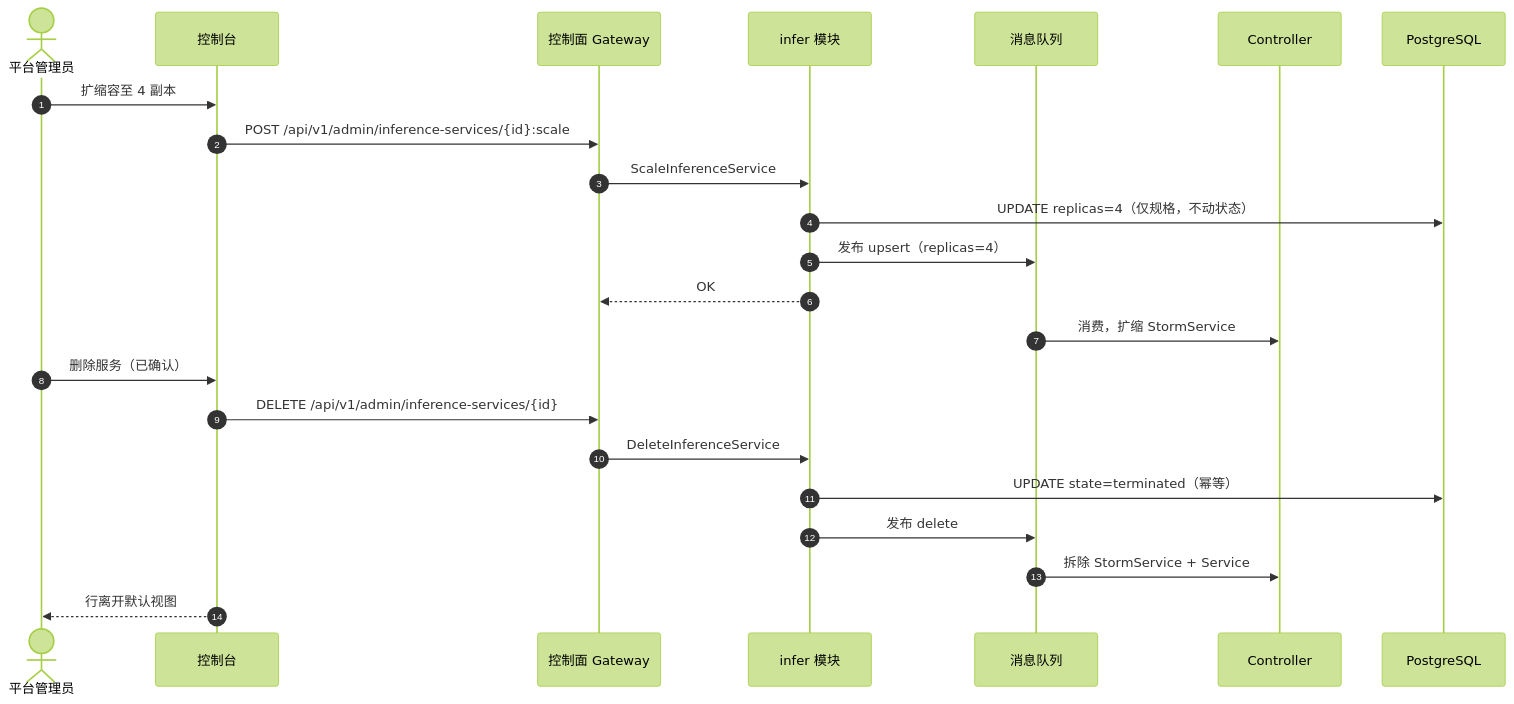
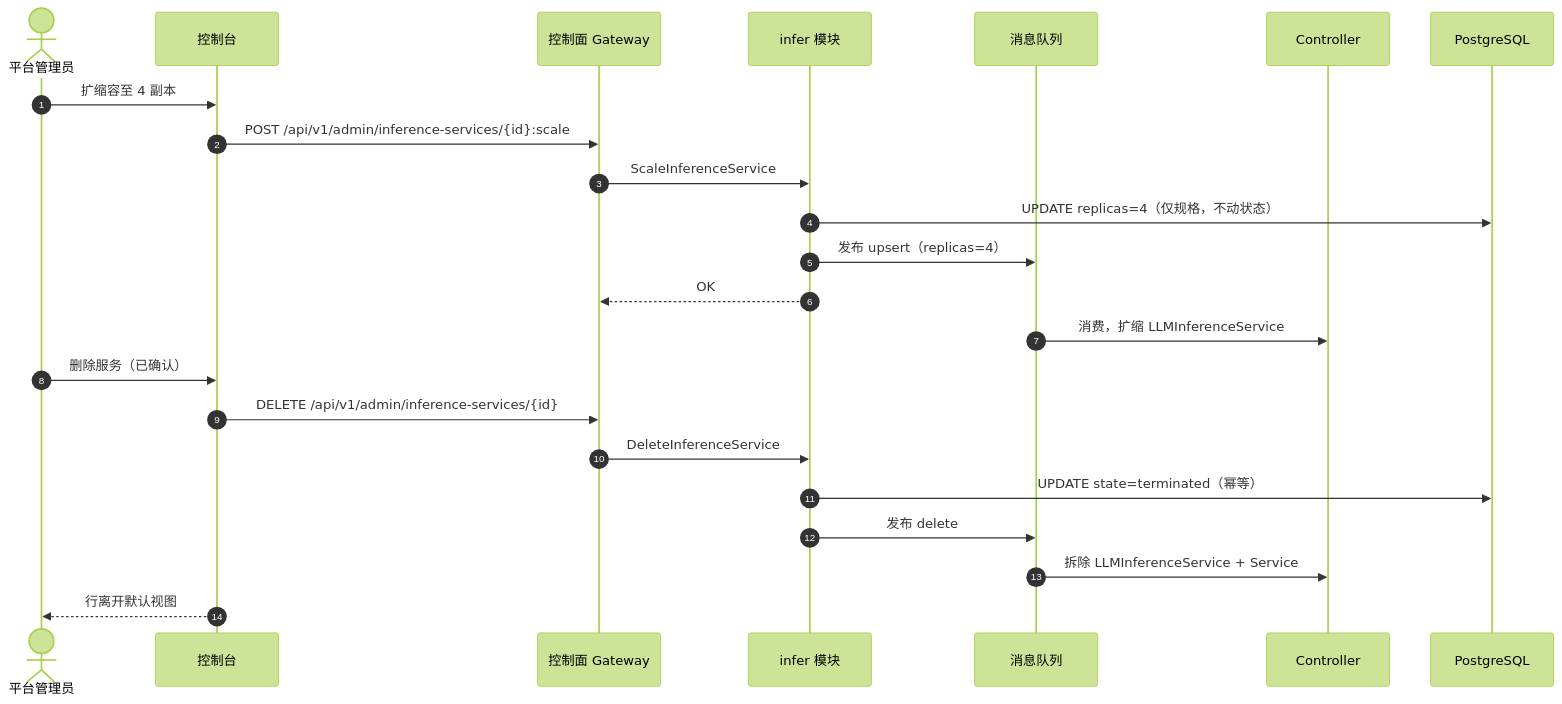
One commit to go-taas/go-taas changed the fifth of 5 diagrams in site/docs/architecture/model-catalog-deployment.zh-cn.md. Above: the diagram before and after it, drawn with Mermaid (forest theme). The commit also changed other lines of this file and 151 other files, not shown here.

````diff
--- a/site/docs/architecture/model-catalog-deployment.zh-cn.md
+++ b/site/docs/architecture/model-catalog-deployment.zh-cn.md
@@ -392,26 +392,26 @@
 ```mermaid
 sequenceDiagram
     autonumber
     actor Admin as 平台管理员
     participant Console as 控制台
     participant CGW as 控制面 Gateway
     participant Infer as infer 模块
     participant MQ as 消息队列
     participant CTRL as Controller
     participant DB as PostgreSQL
 
     Admin->>Console: 扩缩容至 4 副本
     Console->>CGW: POST /api/v1/admin/inference-services/{id}:scale
     CGW->>Infer: ScaleInferenceService
     Infer->>DB: UPDATE replicas=4（仅规格，不动状态）
     Infer->>MQ: 发布 upsert（replicas=4）
     Infer-->>CGW: OK
-    MQ->>CTRL: 消费，扩缩 StormService
+    MQ->>CTRL: 消费，扩缩 LLMInferenceService
     Admin->>Console: 删除服务（已确认）
     Console->>CGW: DELETE /api/v1/admin/inference-services/{id}
     CGW->>Infer: DeleteInferenceService
     Infer->>DB: UPDATE state=terminated（幂等）
     Infer->>MQ: 发布 delete
-    MQ->>CTRL: 拆除 StormService + Service
+    MQ->>CTRL: 拆除 LLMInferenceService + Service
     Console-->>Admin: 行离开默认视图
 ```
````
